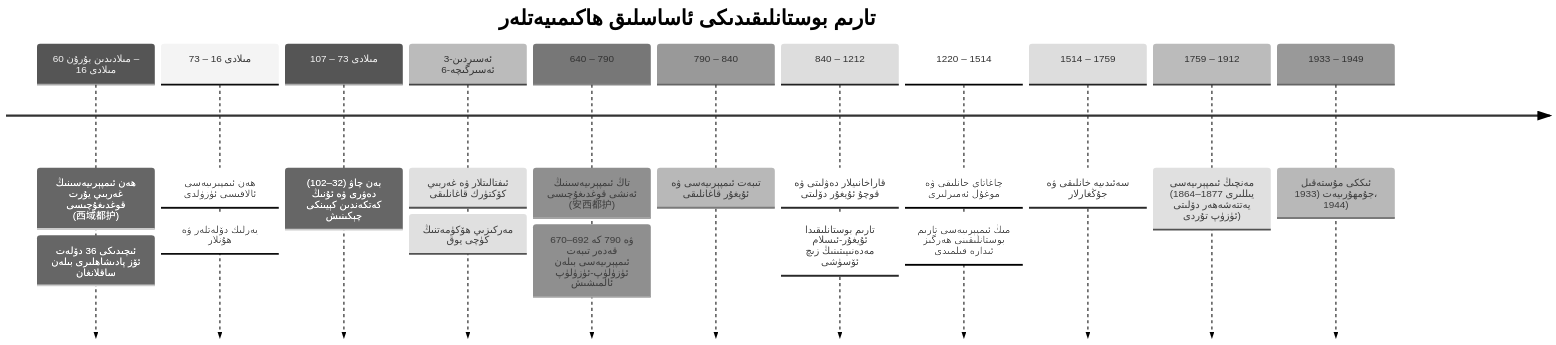
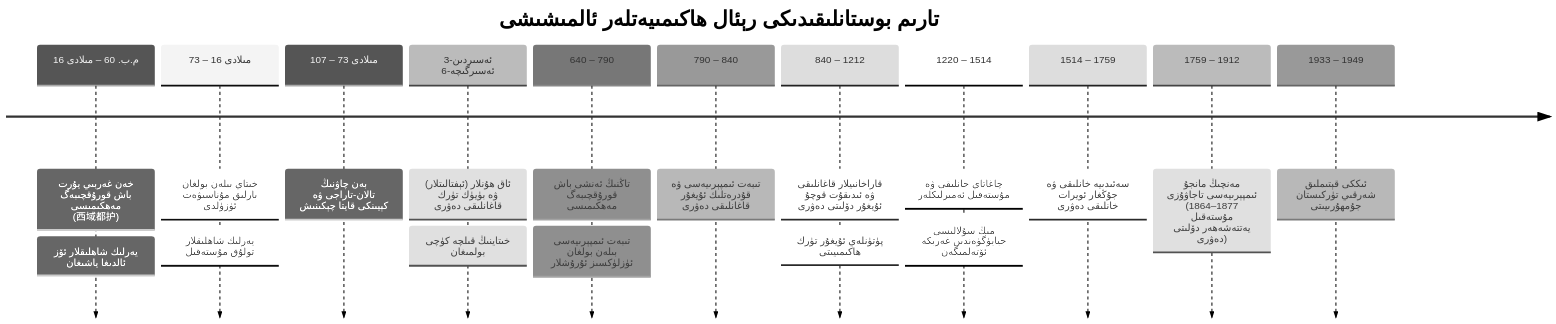
One commit to UyCoder/paydilar changed the second of 4 diagrams in _posts/2026-10-25-Kunlun-Medeniyiti-We-Sherqiy-Turkistan-Tarix-Burmilash.md. Above: the diagram before and after it, drawn with Mermaid (neutral theme). The commit also changed other lines of this file and 2 other files, not shown here.

````diff
--- a/_posts/2026-10-25-Kunlun-Medeniyiti-We-Sherqiy-Turkistan-Tarix-Burmilash.md
+++ b/_posts/2026-10-25-Kunlun-Medeniyiti-We-Sherqiy-Turkistan-Tarix-Burmilash.md
@@ -106,15 +120,15 @@
 ```mermaid
 timeline
-    title تارىم بوستانلىقىدىكى ئاساسلىق ھاكىمىيەتلەر
-    مىلادىدىن بۇرۇن 60 – مىلادى 16 : ھەن ئىمپېرىيەسىنىڭ غەربىي يۇرت قوغدىغۇچىسى (西域都护) : ئىچىدىكى 36 دۆلەت ئۆز پادىشاھلىرى بىلەن ساقلانغان
-    مىلادى 16 – 73 : ھەن ئىمپېرىيەسى ئالاقىسى ئۈزۈلدى : يەرلىك دۆلەتلەر ۋە ھۇنلار
-    مىلادى 73 – 107 : بەن چاۋ (32–102) دەۋرى ۋە ئۇنىڭ كەتكەندىن كېيىنكى چېكىنىش
-    3-ئەسىردىن 6-ئەسىرگىچە : ئىفتالىتلار ۋە غەربىي كۆكتۈرك قاغانلىقى : مەركىزىي ھۆكۈمەتنىڭ كۈچى يوق
-    640 – 790 : تاڭ ئىمپېرىيەسىنىڭ ئەنشى قوغدىغۇچىسى (安西都护) : 670–692 ۋە 790 كە قەدەر تىبەت ئىمپېرىيەسى بىلەن ئۈزۈلۈپ-ئۈزۈلۈپ ئالمىشىش
-    790 – 840 : تىبەت ئىمپېرىيەسى ۋە ئۇيغۇر قاغانلىقى
-    840 – 1212 : قاراخانىيلار دەۋلىتى ۋە قوچۇ ئۇيغۇر دۆلىتى : تارىم بوستانلىقىدا ئۇيغۇر-ئىسلام مەدەنىيىتىنىڭ زىچ ئۆسۈشى
-    1220 – 1514 : چاغاتاي خانلىقى ۋە موغۇل ئەمىرلىرى : مىڭ ئىمپېرىيەسى تارىم بوستانلىقىنى ھەرگىز ئىدارە قىلمىدى
-    1514 – 1759 : سەئىدىيە خانلىقى ۋە جۇڭغارلار
-    1759 – 1912 : مەنچىڭ ئىمپېرىيەسى (1864–1877 يىللىرى يەتتەشەھەر دۆلىتى ئۈزۈپ تۇردى)
-    1933 – 1949 : ئىككى مۇستەقىل جۇمھۇرىيەت (1933، 1944)
+    title تارىم بوستانلىقىدىكى رېئال ھاكىمىيەتلەر ئالمىشىشى
+    م.ب. 60 – مىلادى 16 : خەن غەربىي يۇرت باش قورۇقچىبەگ مەھكىمىسى (西域都护) : يەرلىك شاھلىقلار ئۆز ئالدىغا ياشىغان
+    مىلادى 16 – 73 : خىتاي بىلەن بولغان بارلىق مۇناسىۋەت ئۈزۈلدى : يەرلىك شاھلىقلار تولۇق مۇستەقىل
+    مىلادى 73 – 107 : بەن چاۋنىڭ تالان-تاراجى ۋە كېيىنكى قايتا چېكىنىش
+    3-ئەسىردىن 6-ئەسىرگىچە : ئاق ھۇنلار (ئېفتالىتلار) ۋە بۈيۈك تۈرك قاغانلىقى دەۋرى : خىتاينىڭ قىلچە كۈچى بولمىغان
+    640 – 790 : تاڭنىڭ ئەنشى باش قورۇقچىبەگ مەھكىمىسى : تىبەت ئىمپېرىيەسى بىلەن بولغان ئۈزلۈكسىز ئۇرۇشلار
+    790 – 840 : تىبەت ئىمپېرىيەسى ۋە قۇدرەتلىك ئۇيغۇر قاغانلىقى دەۋرى
+    840 – 1212 : قاراخانىيلار قاغانلىقى ۋە ئىدىقۇت قوچۇ ئۇيغۇر دۆلىتى دەۋرى : پۈتۈنلەي ئۇيغۇر تۈرك ھاكىمىيىتى
+    1220 – 1514 : چاغاتاي خانلىقى ۋە مۇستەقىل ئەمىرلىكلەر : مىڭ سۇلالىسى جيايۈگۈەندىن غەربكە ئۆتەلمىگەن
+    1514 – 1759 : سەئىدىيە خانلىقى ۋە جۇڭغار ئويرات خانلىقى دەۋرى
+    1759 – 1912 : مەنچىڭ مانجۇ ئىمپېرىيەسى تاجاۋۇزى (1864–1877 مۇستەقىل يەتتەشەھەر دۆلىتى دەۋرى)
+    1933 – 1949 : ئىككى قېتىملىق شەرقىي تۈركىستان جۇمھۇرىيىتى
 ```
````
